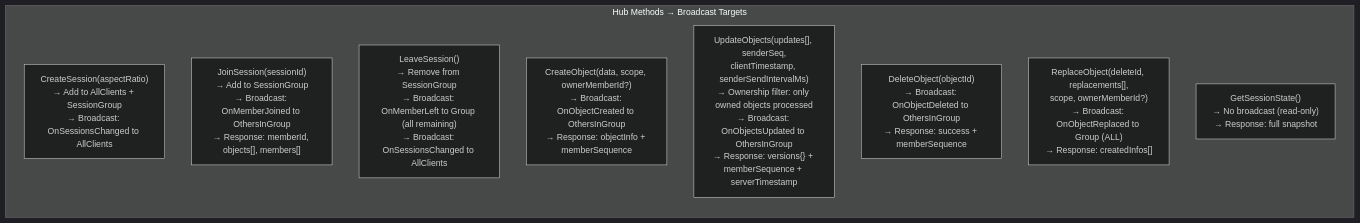
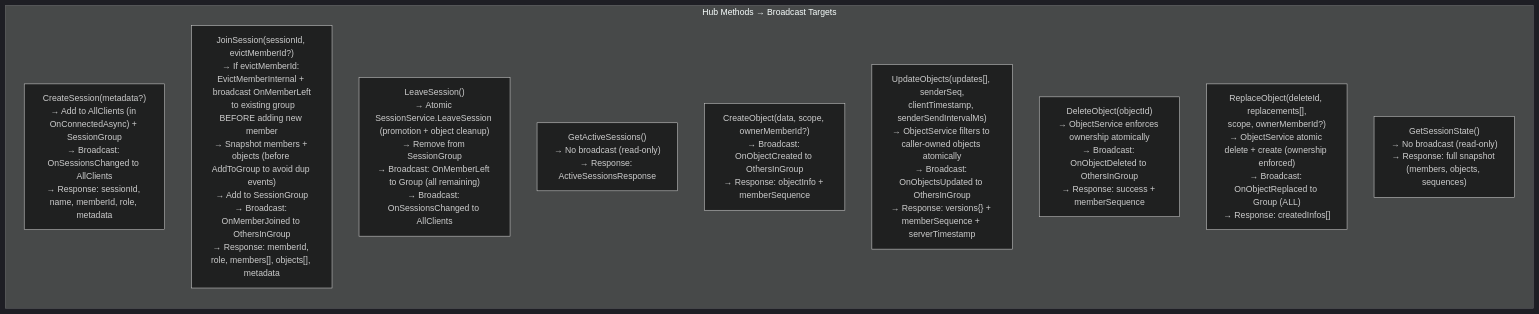
The tenth of 33 diagrams in ARCHITECTURE.md (badvoidstar/asteroids), drawn with Mermaid (dark theme) before and after one commit. The commit also changed other lines of this file, not shown here.

First line of the commit message:
docs: update ARCHITECTURE.md to current code state

````diff
--- a/ARCHITECTURE.md
+++ b/ARCHITECTURE.md
@@ -283,14 +340,15 @@
 ```mermaid
 flowchart TB
     subgraph "Hub Methods → Broadcast Targets"
         direction TB
-        CREATE["CreateSession(aspectRatio)<br/>→ Add to AllClients + SessionGroup<br/>→ Broadcast: OnSessionsChanged to AllClients"]
-        JOIN["JoinSession(sessionId)<br/>→ Add to SessionGroup<br/>→ Broadcast: OnMemberJoined to OthersInGroup<br/>→ Response: memberId, objects[], members[]"]
-        LEAVE["LeaveSession()<br/>→ Remove from SessionGroup<br/>→ Broadcast: OnMemberLeft to Group (all remaining)<br/>→ Broadcast: OnSessionsChanged to AllClients"]
+        CREATE["CreateSession(metadata?)<br/>→ Add to AllClients (in OnConnectedAsync) + SessionGroup<br/>→ Broadcast: OnSessionsChanged to AllClients<br/>→ Response: sessionId, name, memberId, role, metadata"]
+        JOIN["JoinSession(sessionId, evictMemberId?)<br/>→ If evictMemberId: EvictMemberInternal + broadcast OnMemberLeft<br/>  to existing group BEFORE adding new member<br/>→ Snapshot members + objects (before AddToGroup to avoid dup events)<br/>→ Add to SessionGroup<br/>→ Broadcast: OnMemberJoined to OthersInGroup<br/>→ Response: memberId, role, members[], objects[], metadata"]
+        LEAVE["LeaveSession()<br/>→ Atomic SessionService.LeaveSession (promotion + object cleanup)<br/>→ Remove from SessionGroup<br/>→ Broadcast: OnMemberLeft to Group (all remaining)<br/>→ Broadcast: OnSessionsChanged to AllClients"]
+        GAS["GetActiveSessions()<br/>→ No broadcast (read-only)<br/>→ Response: ActiveSessionsResponse"]
         CO["CreateObject(data, scope, ownerMemberId?)<br/>→ Broadcast: OnObjectCreated to OthersInGroup<br/>→ Response: objectInfo + memberSequence"]
-        UO["UpdateObjects(updates[], senderSeq,<br/>clientTimestamp, senderSendIntervalMs)<br/>→ Ownership filter: only owned objects processed<br/>→ Broadcast: OnObjectsUpdated to OthersInGroup<br/>→ Response: versions{} + memberSequence + serverTimestamp"]
-        DO["DeleteObject(objectId)<br/>→ Broadcast: OnObjectDeleted to OthersInGroup<br/>→ Response: success + memberSequence"]
-        RO["ReplaceObject(deleteId, replacements[],<br/>scope, ownerMemberId?)<br/>→ Broadcast: OnObjectReplaced to Group (ALL)<br/>→ Response: createdInfos[]"]
-        GS["GetSessionState()<br/>→ No broadcast (read-only)<br/>→ Response: full snapshot"]
+        UO["UpdateObjects(updates[], senderSeq,<br/>clientTimestamp, senderSendIntervalMs)<br/>→ ObjectService filters to caller-owned objects atomically<br/>→ Broadcast: OnObjectsUpdated to OthersInGroup<br/>→ Response: versions{} + memberSequence + serverTimestamp"]
+        DO["DeleteObject(objectId)<br/>→ ObjectService enforces ownership atomically<br/>→ Broadcast: OnObjectDeleted to OthersInGroup<br/>→ Response: success + memberSequence"]
+        RO["ReplaceObject(deleteId, replacements[],<br/>scope, ownerMemberId?)<br/>→ ObjectService atomic delete + create (ownership enforced)<br/>→ Broadcast: OnObjectReplaced to Group (ALL)<br/>→ Response: createdInfos[]"]
+        GS["GetSessionState()<br/>→ No broadcast (read-only)<br/>→ Response: full snapshot (members, objects, sequences)"]
     end
 ```
````
